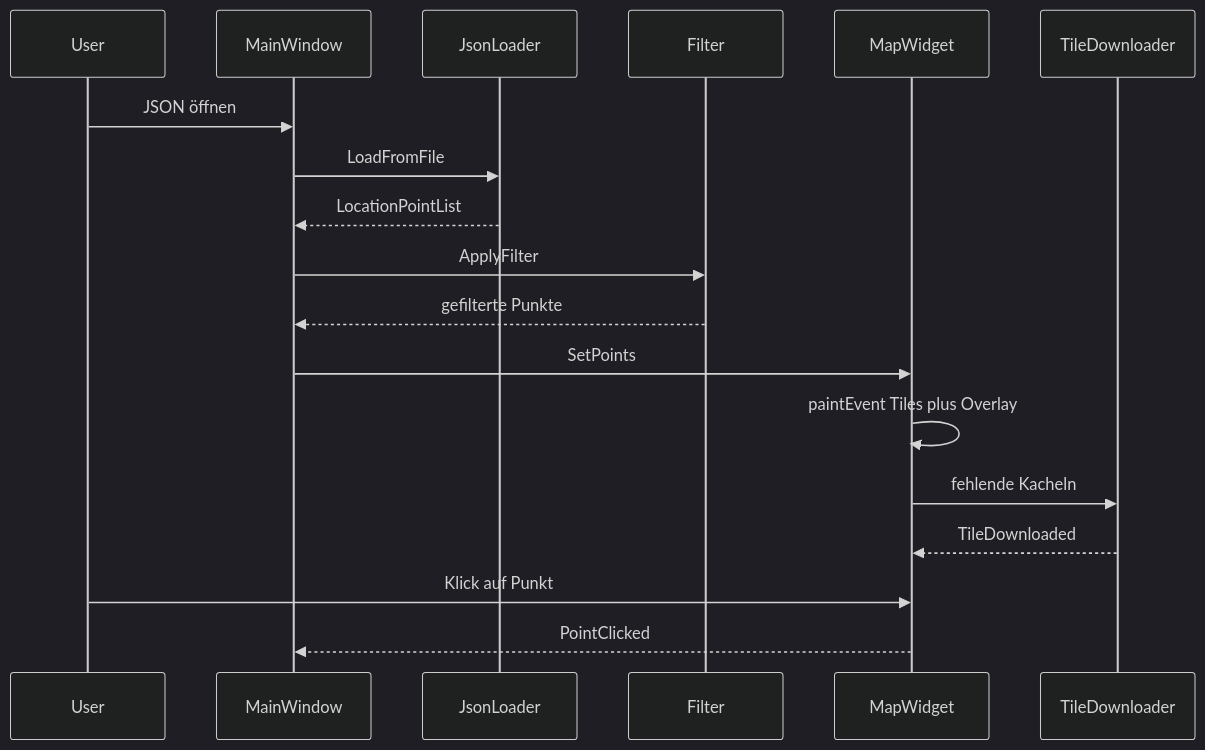
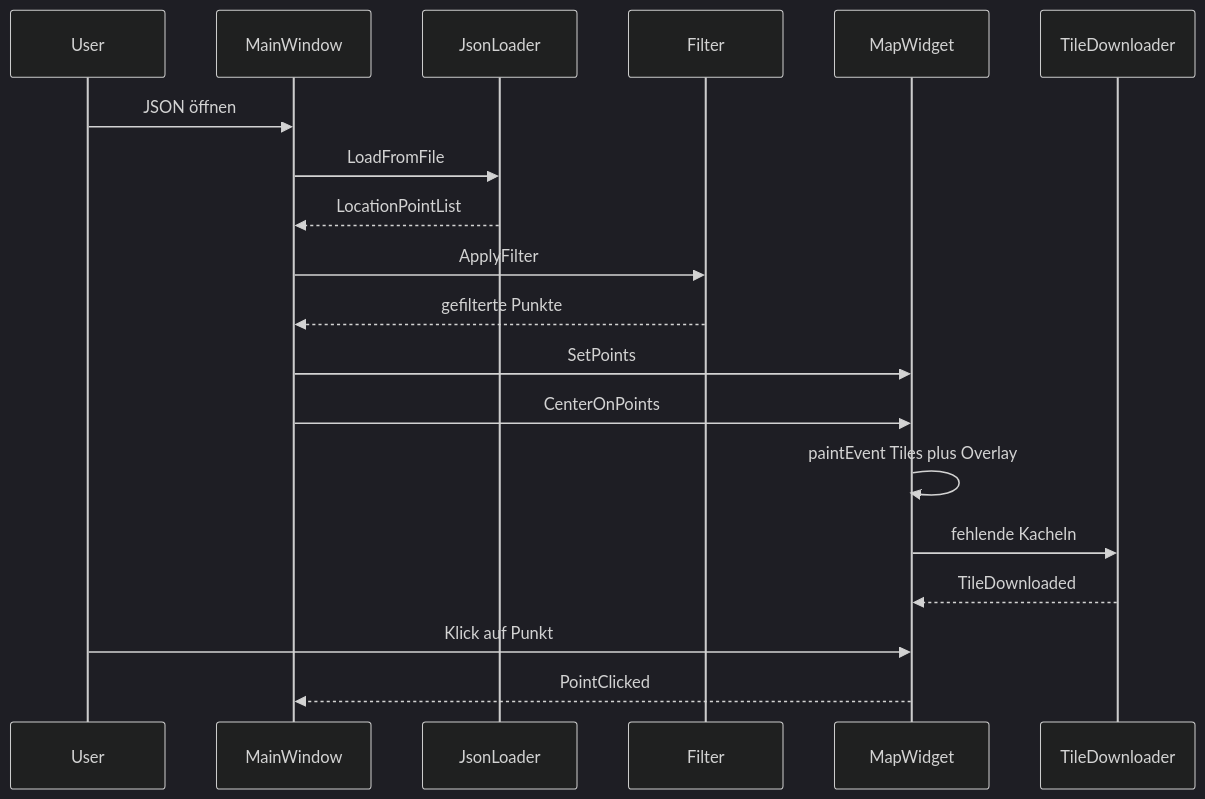
Before and after one commit to ViezTrinker/location-history-visualizer: the second of 2 diagrams in doc/architecture.md, drawn with Mermaid (dark theme). The commit also changed other lines of this file and 7 other files, not shown here.

````diff
--- a/doc/architecture.md
+++ b/doc/architecture.md
@@ -62,21 +64,22 @@
 ```mermaid
 sequenceDiagram
   participant User
   participant MainWindow
   participant JsonLoader
   participant Filter
   participant MapWidget
   participant TileDownloader
 
   User->>MainWindow: JSON öffnen
   MainWindow->>JsonLoader: LoadFromFile
   JsonLoader-->>MainWindow: LocationPointList
   MainWindow->>Filter: ApplyFilter
   Filter-->>MainWindow: gefilterte Punkte
   MainWindow->>MapWidget: SetPoints
+  MainWindow->>MapWidget: CenterOnPoints
   MapWidget->>MapWidget: paintEvent Tiles plus Overlay
   MapWidget->>TileDownloader: fehlende Kacheln
   TileDownloader-->>MapWidget: TileDownloaded
   User->>MapWidget: Klick auf Punkt
   MapWidget-->>MainWindow: PointClicked
 ```
````
